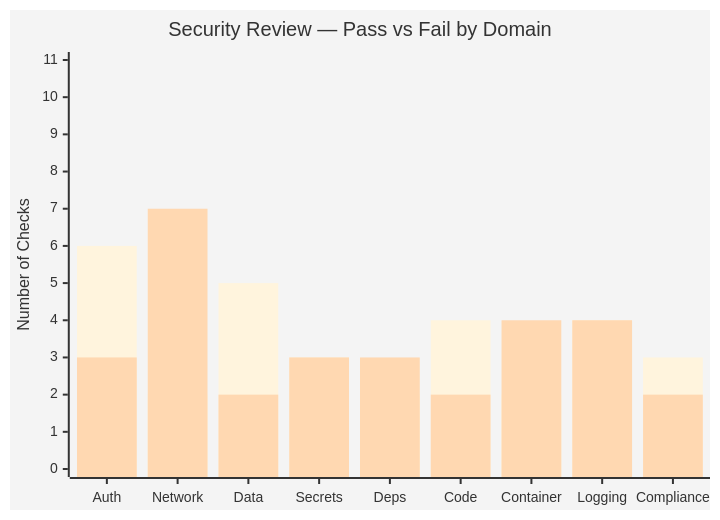
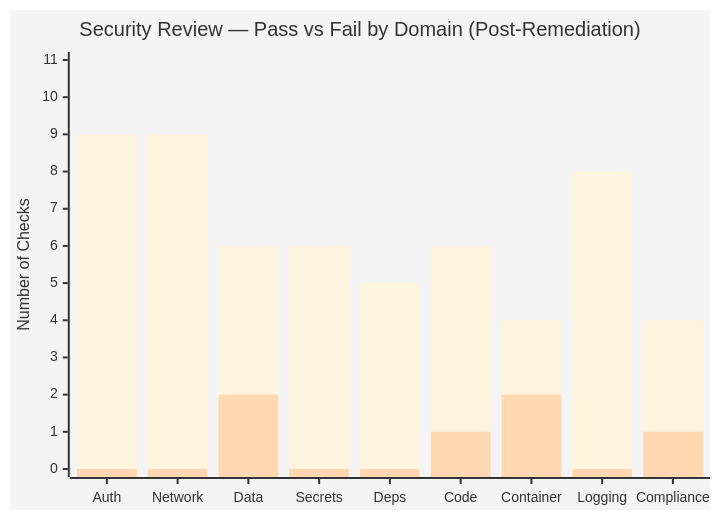
The diagram in diagrams/dashboard-security-domains.mmd (rime13-coder/confluence-documentation-framework), drawn with Mermaid before and after one commit. The commit also changed 20 other files, not shown here.

```diff
--- a/diagrams/dashboard-security-domains.mmd
+++ b/diagrams/dashboard-security-domains.mmd
@@ -1,7 +1,7 @@
 %%{init: {'theme': 'base'}}%%
 xychart-beta
-    title "Security Review — Pass vs Fail by Domain"
+    title "Security Review — Pass vs Fail by Domain (Post-Remediation)"
     x-axis ["Auth", "Network", "Data", "Secrets", "Deps", "Code", "Container", "Logging", "Compliance"]
     y-axis "Number of Checks" 0 --> 11
-    bar [6, 2, 5, 3, 2, 4, 2, 4, 3]
-    bar [3, 7, 2, 3, 3, 2, 4, 4, 2]
+    bar [9, 9, 6, 6, 5, 6, 4, 8, 4]
+    bar [0, 0, 2, 0, 0, 1, 2, 0, 1]
```
